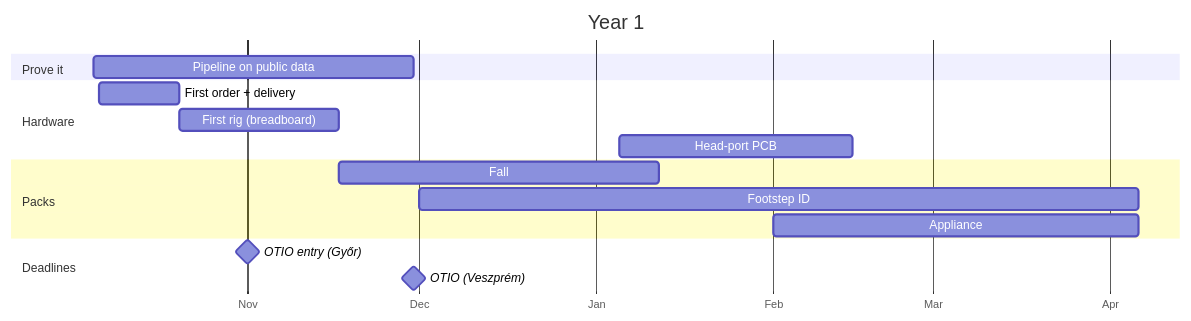
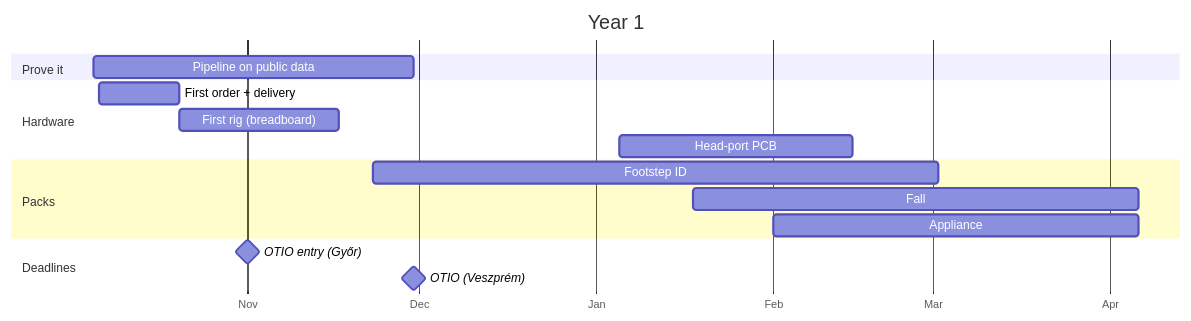
Before and after one commit to Kaszti49/Rezonating: the diagram in 10 Project/Roadmap.md, drawn with Mermaid. The commit also changed other lines of this file and 13 other files, not shown here.

````diff
--- a/10 Project/Roadmap.md
+++ b/10 Project/Roadmap.md
@@ -22,19 +26,19 @@
 ```mermaid
 gantt
     title Year 1
     dateFormat YYYY-MM-DD
     axisFormat %b
     section Prove it
     Pipeline on public data    :a2, 2026-10-05, 2026-11-30
     section Hardware
     First order + delivery     :b1, 2026-10-06, 14d
     First rig (breadboard)     :b2, 2026-10-20, 2026-11-17
     Head-port PCB              :b3, 2027-01-05, 2027-02-15
     section Packs
-    Fall                       :c2, 2026-11-17, 2027-01-12
-    Footstep ID                :c1, 2026-12-01, 2027-04-06
+    Footstep ID                :c1, 2026-11-23, 2027-03-02
+    Fall                       :c2, 2027-01-18, 2027-04-06
     Appliance                  :c3, 2027-02-01, 2027-04-06
     section Deadlines
     OTIO entry (Győr)          :milestone, m1, 2026-11-01, 0d
     OTIO (Veszprém)            :milestone, m2, 2026-11-30, 0d
 ```
````
